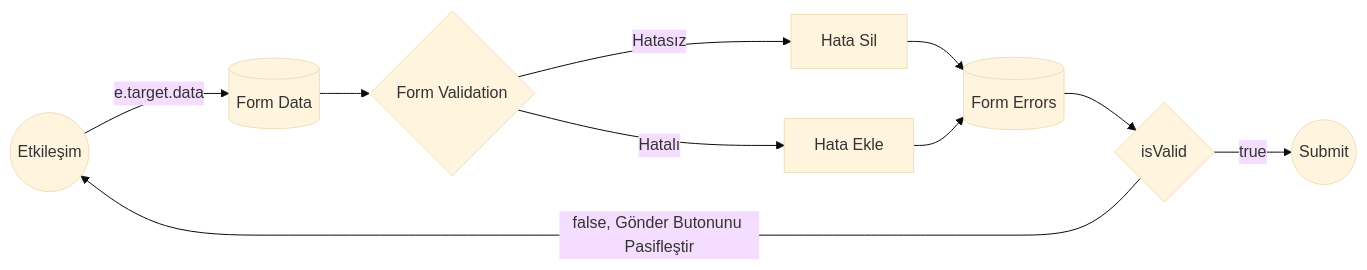
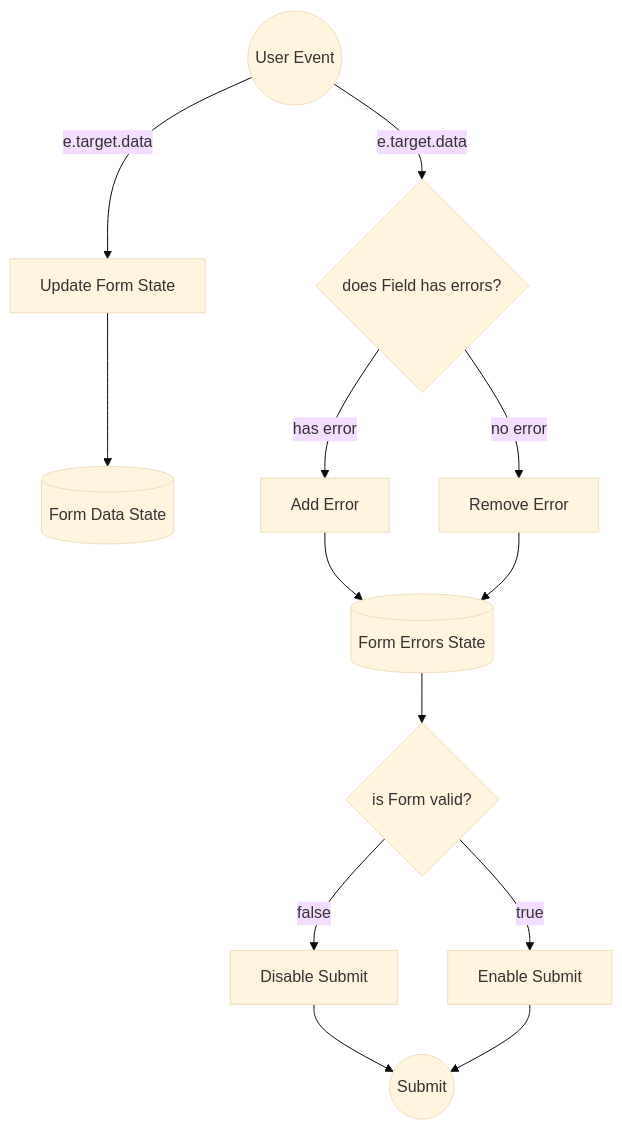
Before and after one commit to alicansadeler/teknolojikyemekler: the second of 2 diagrams in README.md, drawn with Mermaid (base theme).

Commit message:
Update mermaid

````diff
--- a/README.md
+++ b/README.md
@@ -35,12 +35,13 @@
 ```mermaid
-graph LR
-A((Etkileşim)) --e.target.data-->  F[(Form Data)]
-F--> V{Form Validation}
-V--Hatalı-->H[Hata Ekle]
-V--Hatasız-->S[Hata Sil]
+graph TB
+A((User Event)) --e.target.data--> V{does Field has errors?}
+A--e.target.data-->G[Update Form State]-->F[(Form Data State)]
+V--has error-->H[Add Error]
+V--no error-->S[Remove Error]
+H-->E[(Form Errors State)]
 S-->E
-H-->E[(Form Errors)]
-E-->I{isValid}
-I--false, Gönder Butonunu Pasifleştir-->A
-I--true-->Z((Submit))
+E--> I{is Form valid?}
+Z((Submit))
+I--false-->B[Disable Submit]-->Z
+I--true-->C[Enable Submit]-->Z
 ```
````
